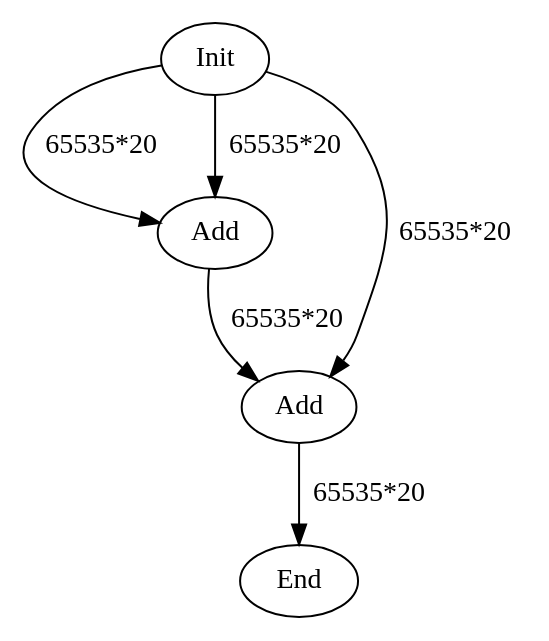
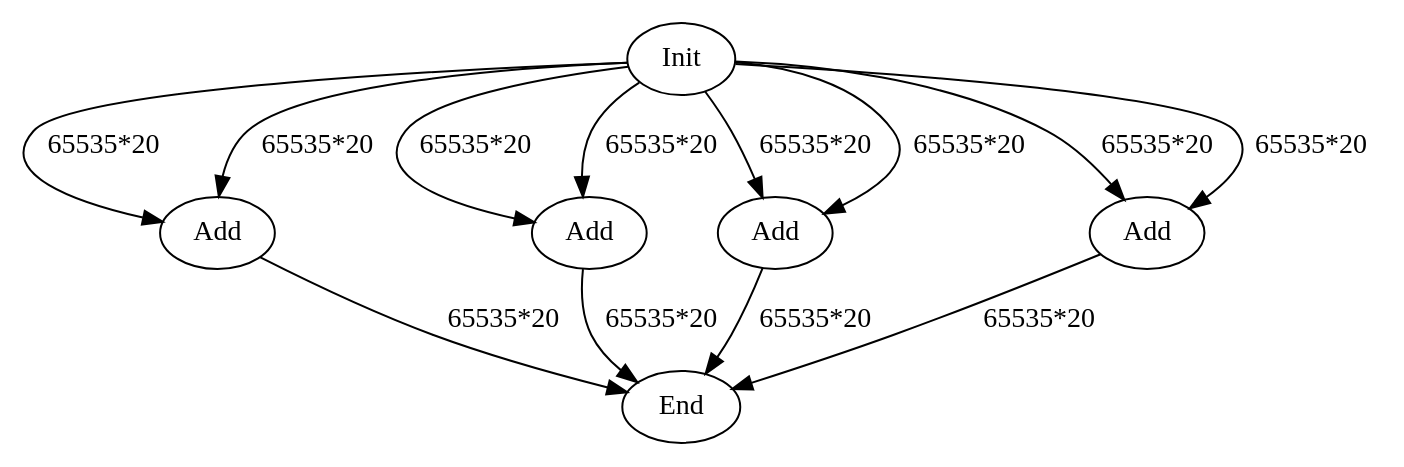
One commit to hal-lab-u-tokyo/PolyFHE changed the diagram in data/graph_poly.dot. Above: the diagram before and after it, drawn with Graphviz. The commit also changed 6 other files, not shown here.

```diff
--- a/data/graph_poly.dot
+++ b/data/graph_poly.dot
@@ -1,11 +1,20 @@
 digraph G {
 Init[label="Init"];
 Add0[label="Add"];
 Add1[label="Add"];
+Add2[label="Add"];
+Add3[label="Add"];
 End[label="End"];
 Init -> Add0[label="65535*20"];
 Init -> Add0[label="65535*20"];
 Init -> Add1[label="65535*20"];
-Add0 -> Add1[label="65535*20"];
+Init -> Add1[label="65535*20"];
+Init -> Add2[label="65535*20"];
+Init -> Add2[label="65535*20"];
+Init -> Add3[label="65535*20"];
+Init -> Add3[label="65535*20"];
+Add0 -> End[label="65535*20"];
 Add1 -> End[label="65535*20"];
+Add2 -> End[label="65535*20"];
+Add3 -> End[label="65535*20"];
 }
```
